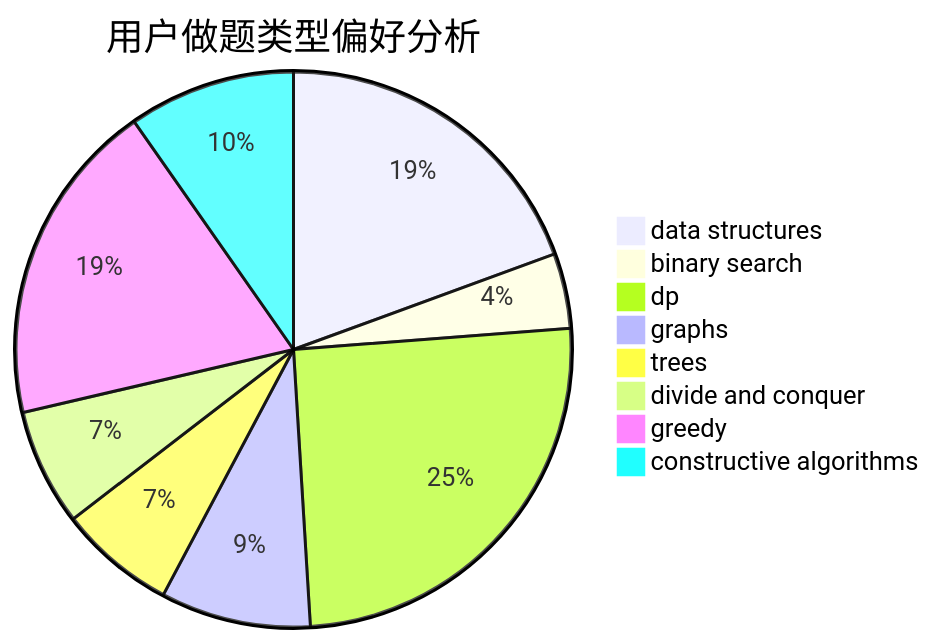
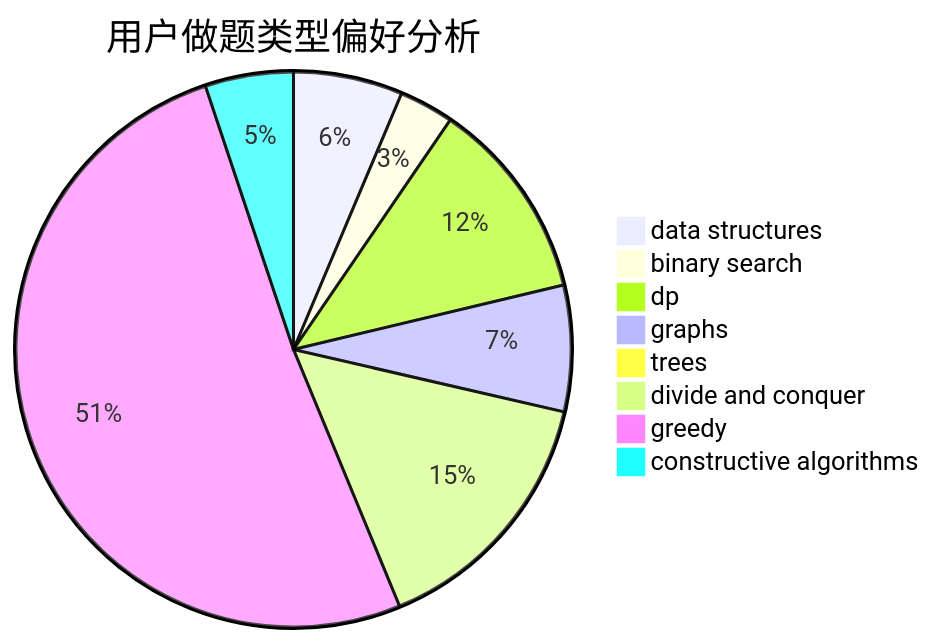
The second of 3 diagrams in docs/user/u1372.md (sherpahu/cfrs.github.io), drawn with Mermaid before and after one commit. The commit also changed other lines of this file and 2770 other files, not shown here.

````diff
--- a/docs/user/u1372.md
+++ b/docs/user/u1372.md
@@ -23,11 +23,11 @@
 ```mermaid
 pie title 用户做题类型偏好分析
-    "data structures" :  40
-    "binary search" :  9
-    "dp" :  52
-    "graphs" :  18
-    "trees" :  14
-    "divide and conquer" :  14
-    "greedy" :  39
-    "constructive algorithms" :  20
+    "data structures" :  26
+    "binary search" :  13
+    "dp" :  48
+    "graphs" :  30
+    "trees" :  0
+    "divide and conquer" :  62
+    "greedy" :  209
+    "constructive algorithms" :  21
 ```
````
